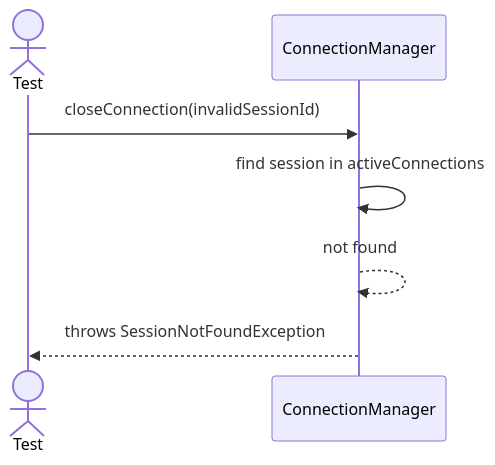
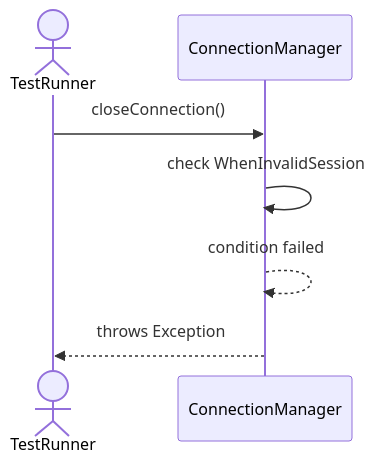
One commit to TamBui1706/DBMS changed the fifth of 10 diagrams in Sequences/Core/ConnectionManager.md. Above: the diagram before and after it, drawn with Mermaid. The commit also changed other lines of this file and 63 other files, not shown here.

Commit message:
Draw sequence diagram for unit tests

````diff
--- a/Sequences/Core/ConnectionManager.md
+++ b/Sequences/Core/ConnectionManager.md
@@ -74,10 +73,9 @@
 ```mermaid
 sequenceDiagram
-    actor Test
+    actor TestRunner
     participant ConnectionManager
-
-    Test->>ConnectionManager: closeConnection(invalidSessionId)
-    ConnectionManager->>ConnectionManager: find session in activeConnections
-    ConnectionManager-->>ConnectionManager: not found
-    ConnectionManager-->>Test: throws SessionNotFoundException
+    TestRunner->>ConnectionManager: closeConnection()
+    ConnectionManager->>ConnectionManager: check WhenInvalidSession
+    ConnectionManager-->>ConnectionManager: condition failed
+    ConnectionManager-->>TestRunner: throws Exception
 ```
````
